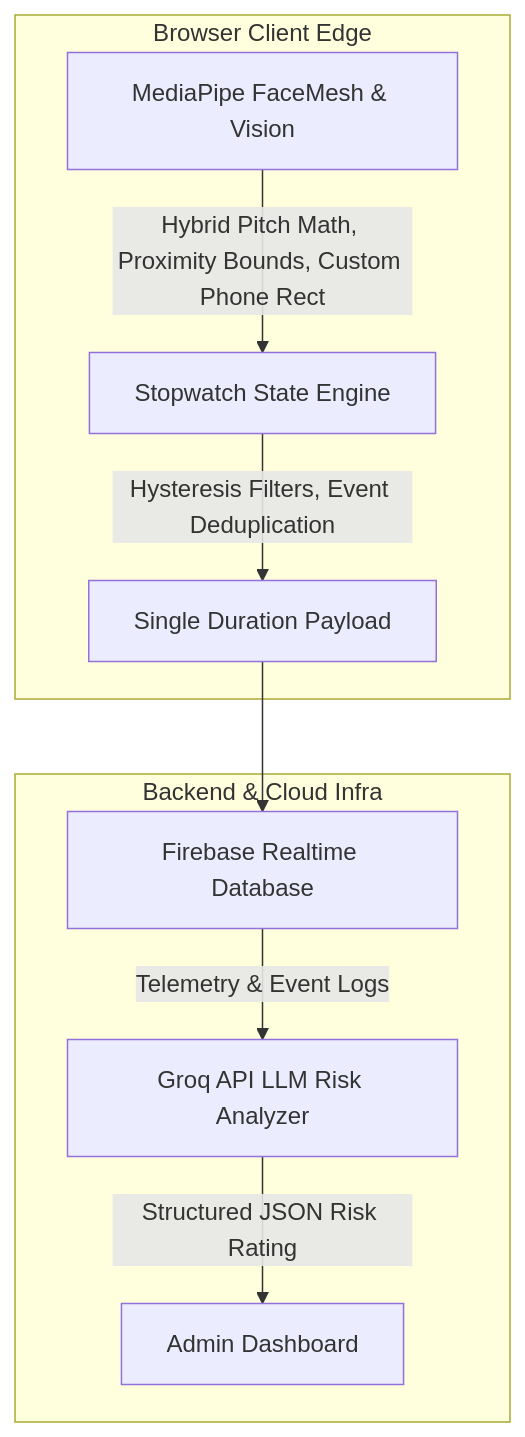
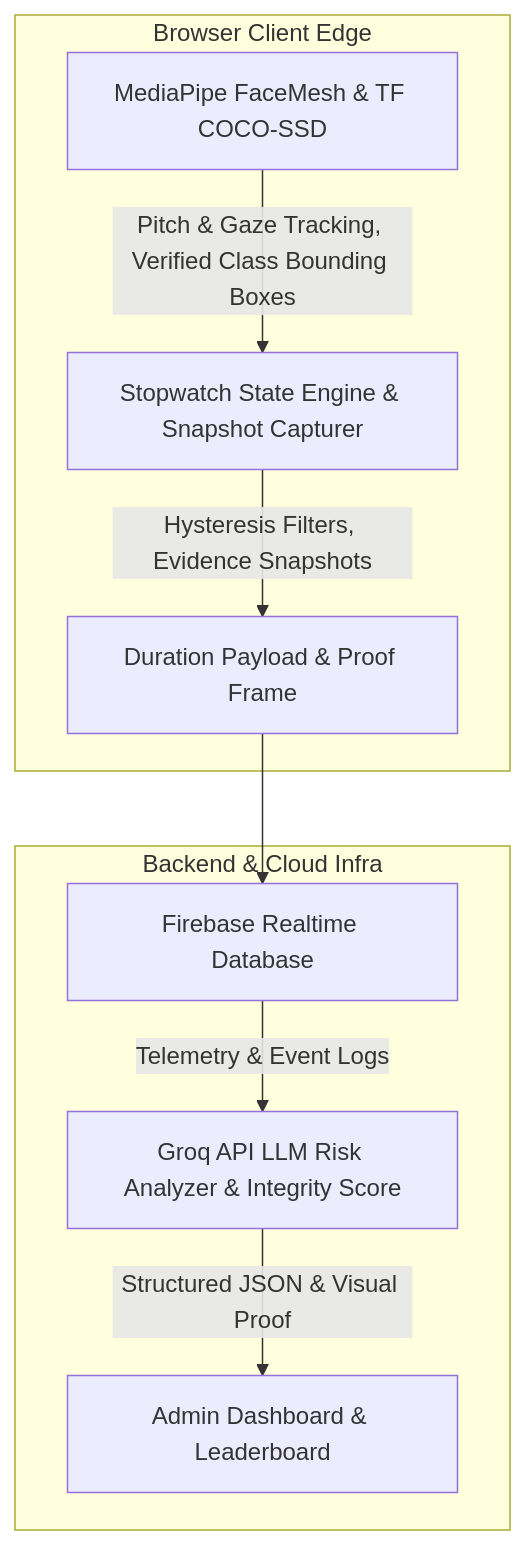
Before and after one commit to MichaelSpeaksTruth/Proctored_Testing: the diagram in README.md, drawn with Mermaid. The commit also changed other lines of this file and 6 other files, not shown here.

First line of the commit message:
feat(proctoring): overhaul flag reliability, audit snapshots, and integrity scoring

````diff
--- a/README.md
+++ b/README.md
@@ -23,15 +23,15 @@
 ```mermaid
 graph TD
     subgraph Browser Client Edge
-        A[MediaPipe FaceMesh & Vision]
-        B[Stopwatch State Engine]
-        A -->|Hybrid Pitch Math, Proximity Bounds, Custom Phone Rect| B
-        B -->|Hysteresis Filters, Event Deduplication| C[Single Duration Payload]
+        A[MediaPipe FaceMesh & TF COCO-SSD]
+        B[Stopwatch State Engine & Snapshot Capturer]
+        A -->|Pitch & Gaze Tracking, Verified Class Bounding Boxes| B
+        B -->|Hysteresis Filters, Evidence Snapshots| C[Duration Payload & Proof Frame]
     end
     
     subgraph Backend & Cloud Infra
         C --> D[Firebase Realtime Database]
-        D -->|Telemetry & Event Logs| E[Groq API LLM Risk Analyzer]
-        E -->|Structured JSON Risk Rating| F[Admin Dashboard]
+        D -->|Telemetry & Event Logs| E[Groq API LLM Risk Analyzer & Integrity Score]
+        E -->|Structured JSON & Visual Proof| F[Admin Dashboard & Leaderboard]
     end
 ```
````
